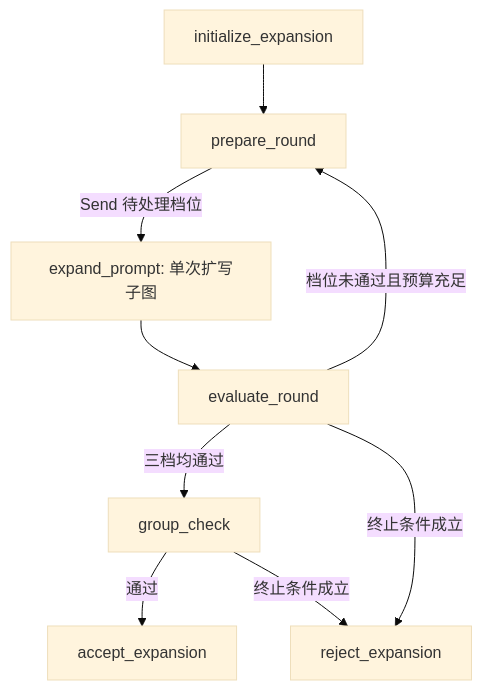
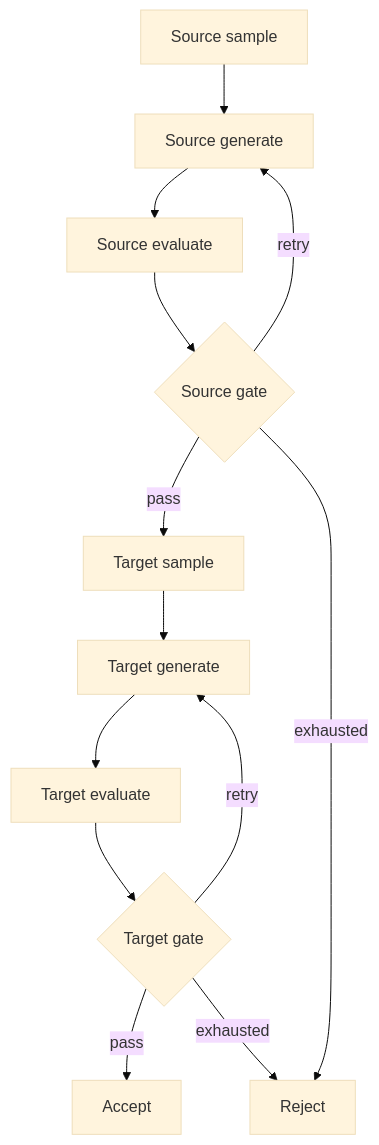
The diagram in docs/workflows.md (ChenYizhu97/PairData), drawn with Mermaid (base theme) before and after one commit. The commit also changed other lines of this file and 137 other files, not shown here.

Commit message:
Refactor PairData into a configurable source-target synthesis pipeline

````diff
--- a/docs/workflows.md
+++ b/docs/workflows.md
@@ -45,11 +7,15 @@
 ```mermaid
 flowchart TD
-    A[initialize_expansion] --> B[prepare_round]
-    B -->|Send 待处理档位| C[expand_prompt: 单次扩写子图]
-    C --> D[evaluate_round]
-    D -->|档位未通过且预算充足| B
-    D -->|三档均通过| E[group_check]
-    D -->|终止条件成立| R[reject_expansion]
-    E -->|通过| P[accept_expansion]
-    E -->|终止条件成立| R
+    SS[Source sample] --> S[Source generate]
+    S --> SE[Source evaluate]
+    SE --> SG{Source gate}
+    SG -->|pass| TS[Target sample]
+    SG -->|retry| S
+    SG -->|exhausted| R[Reject]
+    TS --> T[Target generate]
+    T --> TE[Target evaluate]
+    TE --> TG{Target gate}
+    TG -->|pass| A[Accept]
+    TG -->|retry| T
+    TG -->|exhausted| R
 ```
````
